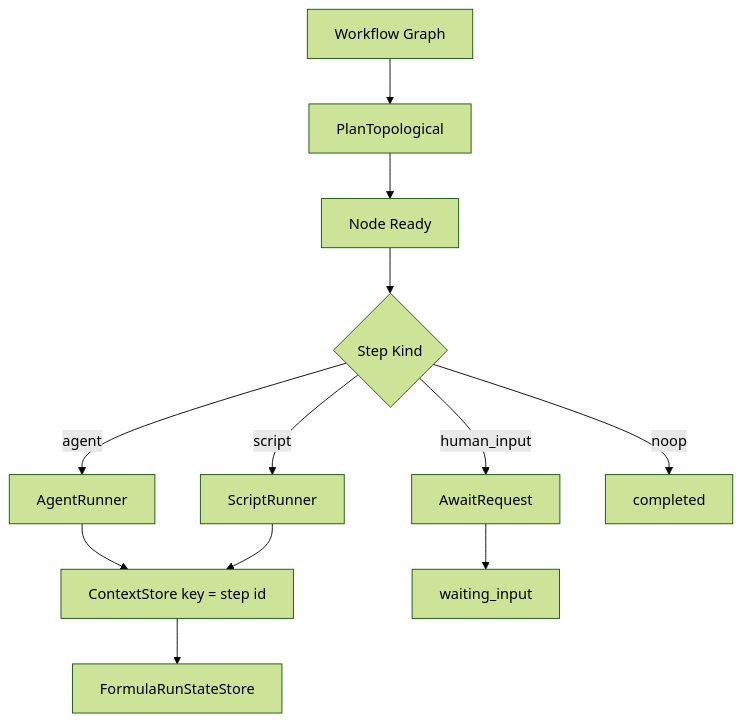
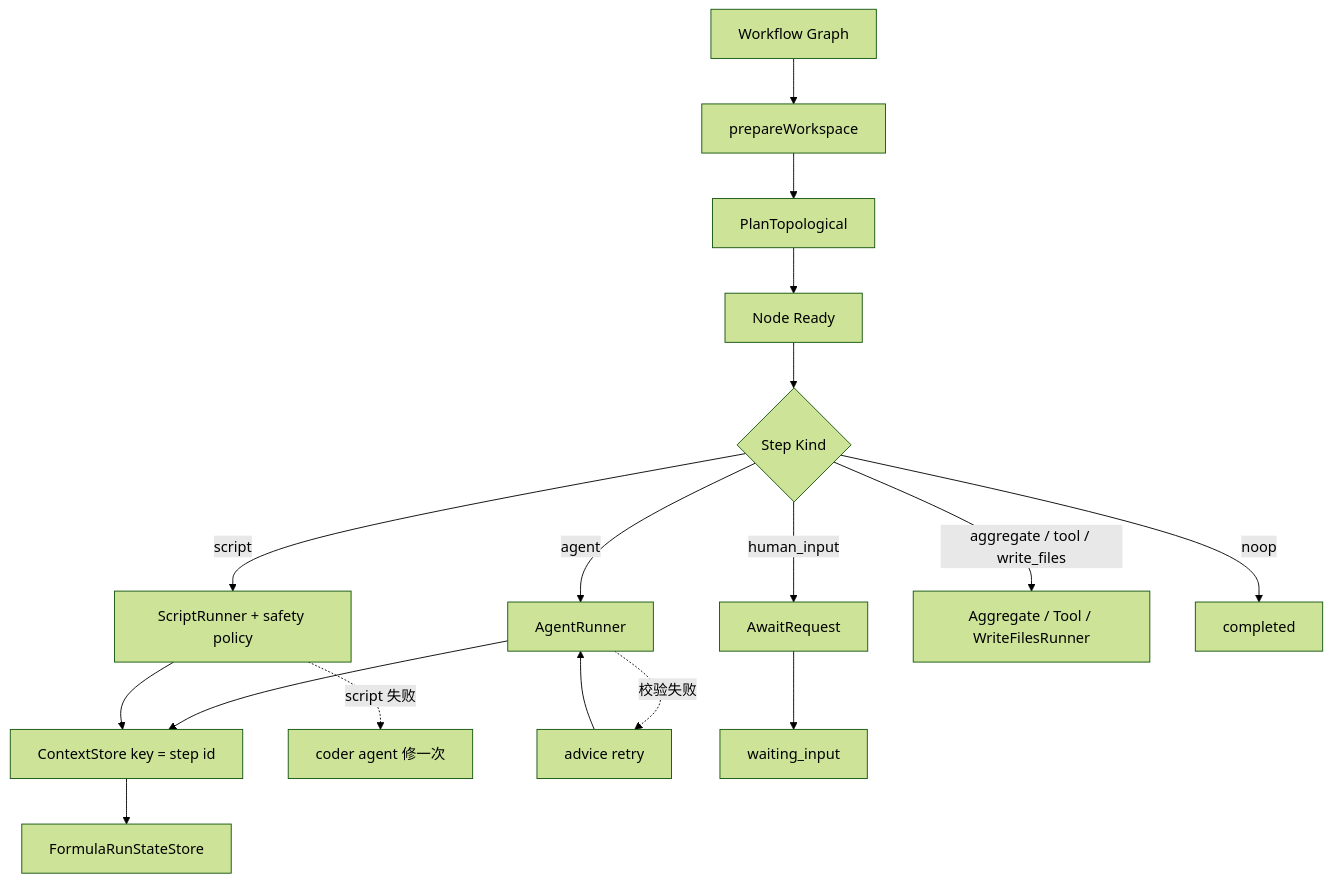
Before and after one commit to sjzsdu/tt: the third of 3 diagrams in ai-docs/formula-system.md, drawn with Mermaid (forest theme). The commit also changed other lines of this file and 5 other files, not shown here.

Commit message:
docs(ai-docs): expand formula and agent architecture guides

````diff
--- a/ai-docs/formula-system.md
+++ b/ai-docs/formula-system.md
@@ -196,14 +236,19 @@
 ```mermaid
 flowchart TD
-    A[Workflow Graph] --> B[PlanTopological]
-    B --> C[Node Ready]
-    C --> D{Step Kind}
-    D -->|agent| E[AgentRunner]
-    D -->|script| F[ScriptRunner]
-    D -->|human_input| G[AwaitRequest]
-    D -->|noop| H[completed]
-    E --> I[ContextStore key = step id]
-    F --> I
-    G --> J[waiting_input]
-    I --> K[FormulaRunStateStore]
+    A[Workflow Graph] --> B[prepareWorkspace]
+    B --> C[PlanTopological]
+    C --> D[Node Ready]
+    D --> E{Step Kind}
+    E -->|agent| F[AgentRunner]
+    E -->|script| G[ScriptRunner + safety policy]
+    E -->|human_input| H[AwaitRequest]
+    E -->|aggregate / tool / write_files| I[Aggregate / Tool / WriteFilesRunner]
+    E -->|noop| J[completed]
+    F --> K[ContextStore key = step id]
+    G --> K
+    G -. script 失败 .-> R[coder agent 修一次]
+    F -. 校验失败 .-> Adv[advice retry]
+    H --> L[waiting_input]
+    K --> M[FormulaRunStateStore]
+    Adv --> F
 ```
````
